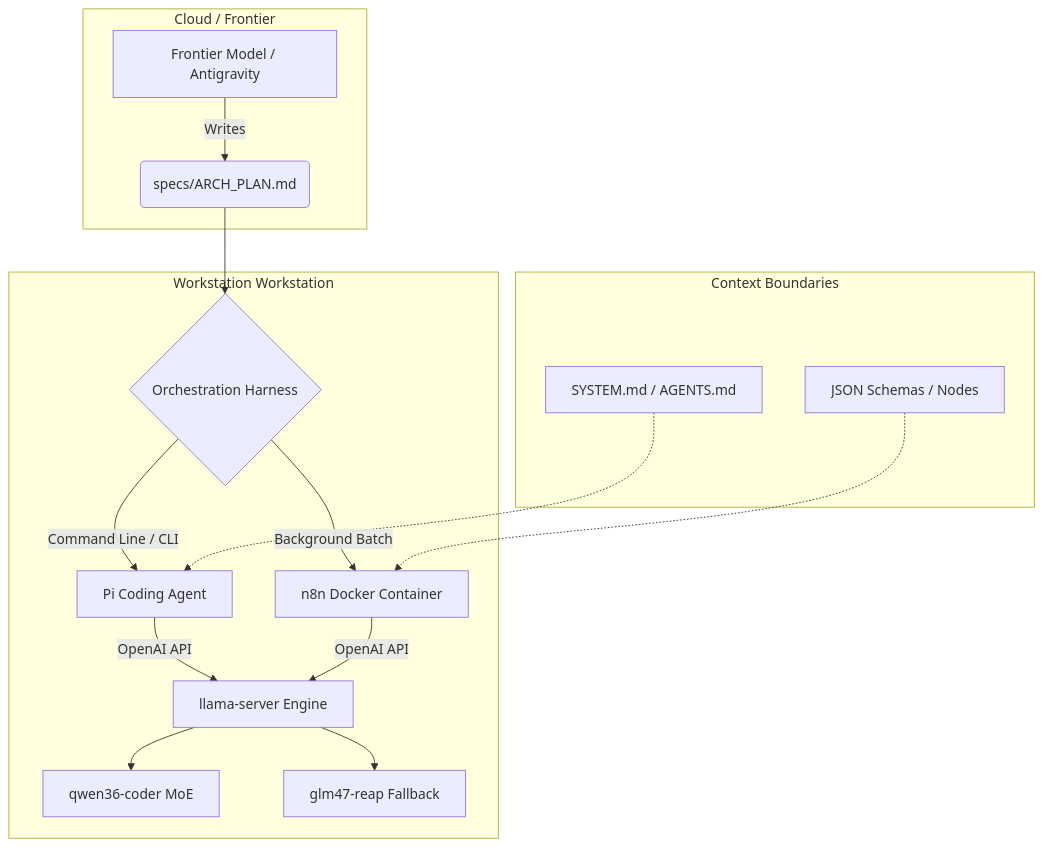
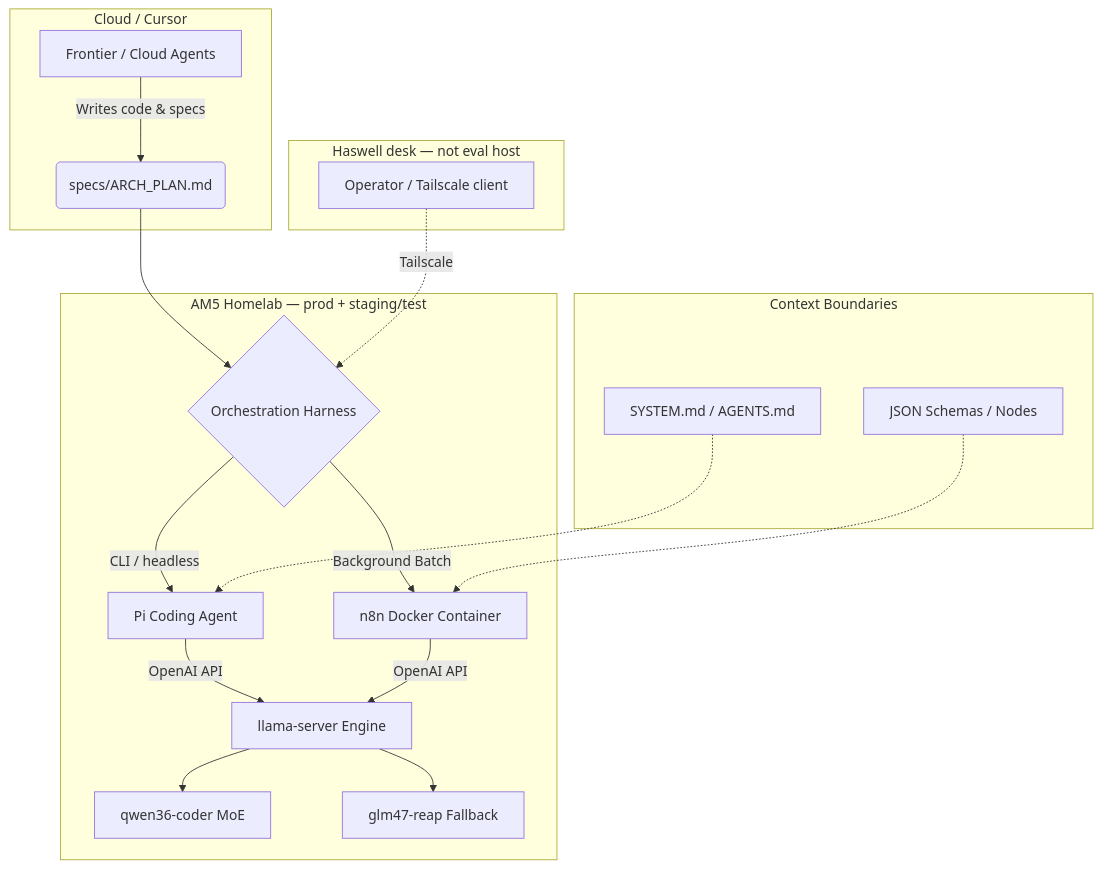
Before and after one commit to bstruong/alpha: the diagram in docs/workstation-ai-stack.md, drawn with Mermaid. The commit also changed other lines of this file and 9 other files, not shown here.

````diff
--- a/docs/workstation-ai-stack.md
+++ b/docs/workstation-ai-stack.md
@@ -14,24 +17,29 @@
 ```mermaid
 flowchart TD
-    subgraph Cloud [Cloud / Frontier]
-        A[Frontier Model / Antigravity] -->|Writes| B(specs/ARCH_PLAN.md)
+    subgraph Cloud [Cloud / Cursor]
+        A[Frontier / Cloud Agents] -->|Writes code & specs| B(specs/ARCH_PLAN.md)
     end
     
-    subgraph Local [Workstation Workstation]
+    subgraph Operator [Haswell desk — not eval host]
+        O[Operator / Tailscale client]
+    end
+    
+    subgraph AM5 [AM5 Homelab — prod + staging/test]
         B --> C{Orchestration Harness}
         
-        C -->|Command Line / CLI| D[Pi Coding Agent]
+        C -->|CLI / headless| D[Pi Coding Agent]
         C -->|Background Batch| E[n8n Docker Container]
         
         D -->|OpenAI API| F[llama-server Engine]
         E -->|OpenAI API| F
         
         F --> G[qwen36-coder MoE]
         F --> H[glm47-reap Fallback]
+        O -.->|Tailscale| C
     end
     
     subgraph Guardrails [Context Boundaries]
         I[SYSTEM.md / AGENTS.md] -.-> D
         J[JSON Schemas / Nodes] -.-> E
     end
 ```
````
